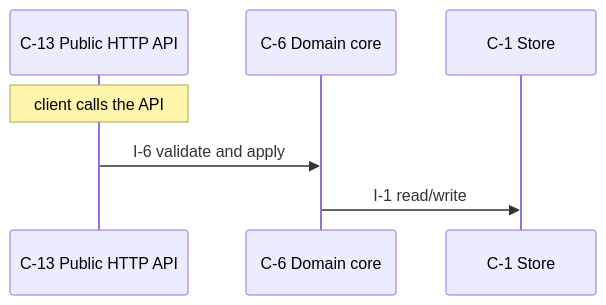
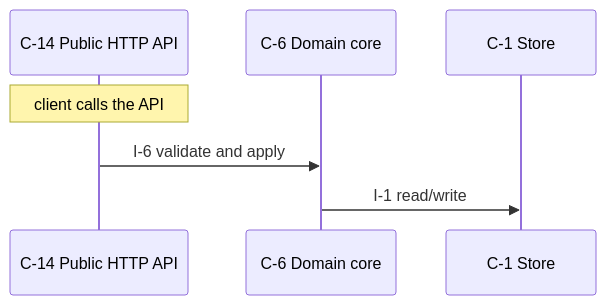
Before and after one commit to yui9696/sekkei: the second of 3 diagrams in examples/eval2/gakushu.DESIGN.md, drawn with Mermaid. The commit also changed other lines of this file and 49 other files, not shown here.

````diff
--- a/examples/eval2/gakushu.DESIGN.md
+++ b/examples/eval2/gakushu.DESIGN.md
@@ -444,9 +466,9 @@
 ```mermaid
 sequenceDiagram
-  participant C_13 as C-13 Public HTTP API
+  participant C_14 as C-14 Public HTTP API
   participant C_6 as C-6 Domain core
   participant C_1 as C-1 Store
-  Note over C_13: client calls the API
-  C_13->>C_6: I-6 validate and apply
+  Note over C_14: client calls the API
+  C_14->>C_6: I-6 validate and apply
   C_6->>C_1: I-1 read/write
 ```
````
